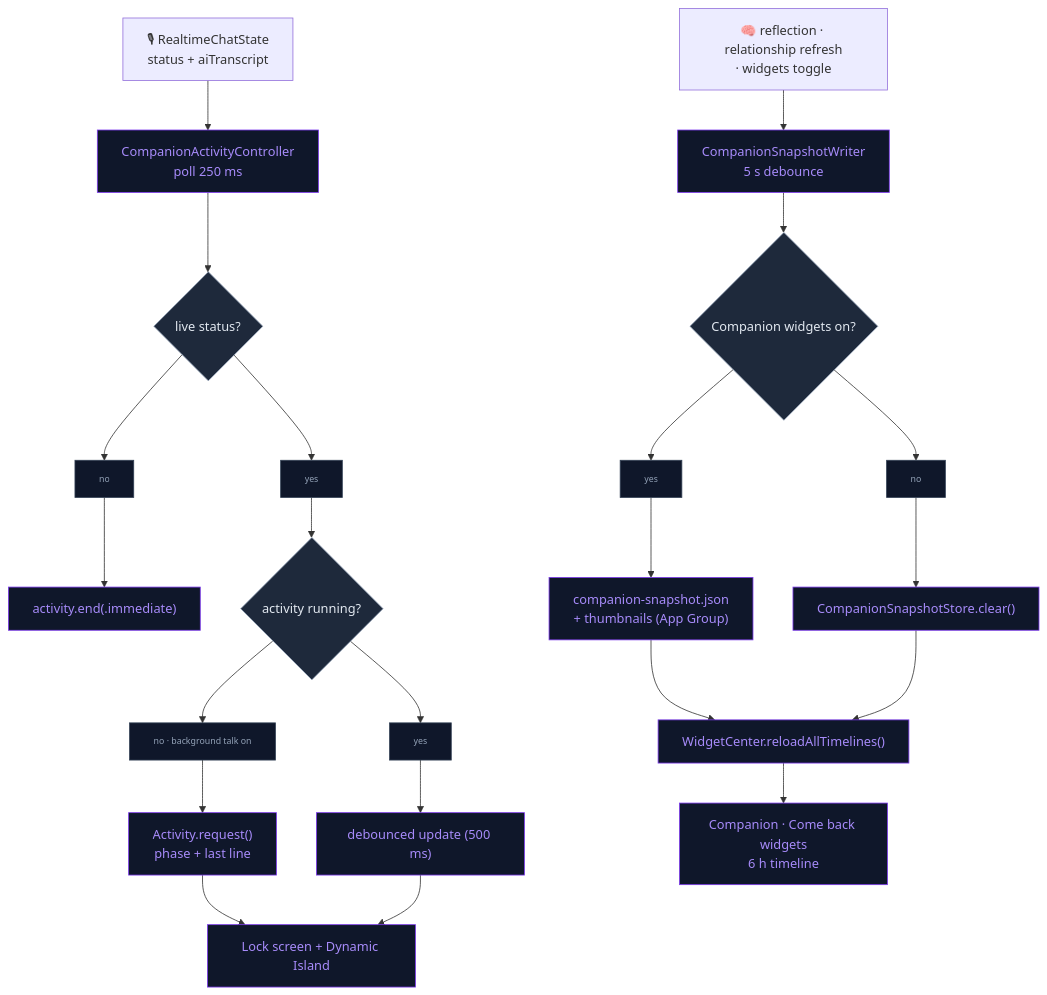
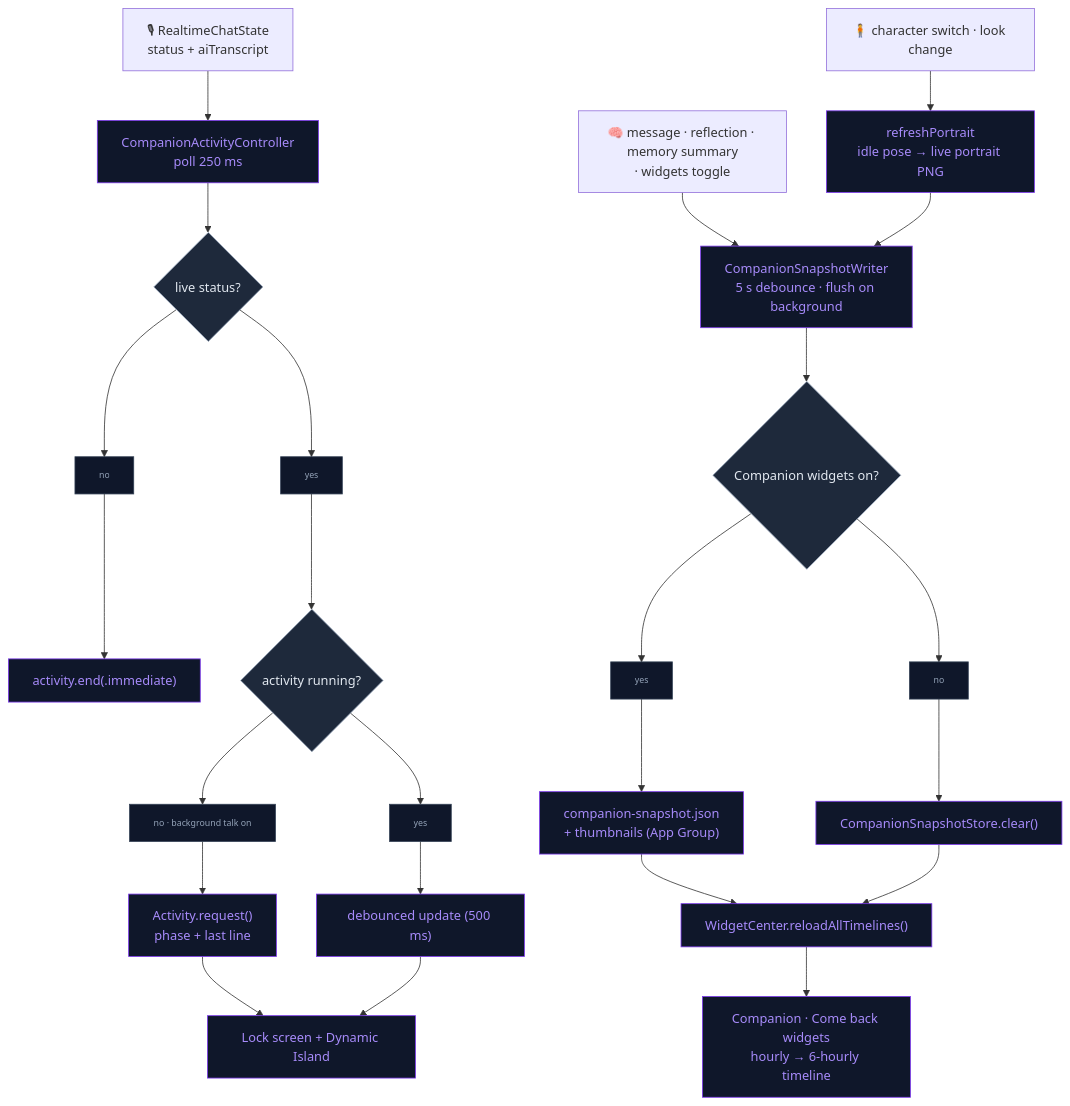
The second of 3 diagrams in docs/PRESENCE_BEYOND_APP.md (kevinliddel/NeuraLink), drawn with Mermaid before and after one commit. The commit also changed other lines of this file and 8 other files, not shown here.

First line of the commit message:
feat: enhances companion widgets with live portraits

````diff
--- a/docs/PRESENCE_BEYOND_APP.md
+++ b/docs/PRESENCE_BEYOND_APP.md
@@ -169,30 +188,32 @@
 ```mermaid
 flowchart TD
     STATE["🎙 RealtimeChatState<br/>status + aiTranscript"] --> POLL["CompanionActivityController<br/>poll 250 ms"]
     POLL --> LIVE{"live status?"}
     LIVE --> D1["no"] --> ENDACT["activity.end(.immediate)"]
     LIVE --> D2["yes"] --> EXISTS{"activity running?"}
     EXISTS --> D3["no · background talk on"] --> START["Activity.request()<br/>phase + last line"]
     EXISTS --> D4["yes"] --> UPDATE["debounced update (500 ms)"]
     START --> ISLAND["Lock screen + Dynamic Island"]
     UPDATE --> ISLAND
 
-    REFL["🧠 reflection · relationship refresh<br/>· widgets toggle"] --> WRITER["CompanionSnapshotWriter<br/>5 s debounce"]
+    REFL["🧠 message · reflection · memory summary<br/>· widgets toggle"] --> WRITER["CompanionSnapshotWriter<br/>5 s debounce · flush on background"]
+    MODEL["🧍 character switch · look change"] --> PORTRAIT["refreshPortrait<br/>idle pose → live portrait PNG"]
+    PORTRAIT --> WRITER
     WRITER --> TOGGLE{"Companion widgets on?"}
     TOGGLE --> D5["no"] --> CLEAR["CompanionSnapshotStore.clear()"]
     TOGGLE --> D6["yes"] --> SNAP["companion-snapshot.json<br/>+ thumbnails (App Group)"]
     SNAP --> RELOAD["WidgetCenter.reloadAllTimelines()"]
     CLEAR --> RELOAD
-    RELOAD --> WIDGETS["Companion · Come back widgets<br/>6 h timeline"]
+    RELOAD --> WIDGETS["Companion · Come back widgets<br/>hourly → 6-hourly timeline"]
 
     %% Styles
     classDef core fill:#0f172a,stroke:#7c3aed,color:#a78bfa
     classDef decision fill:#1e293b,stroke:#94a3b8,color:#e2e8f0
 
-    class POLL,START,UPDATE,ENDACT,ISLAND,WRITER,SNAP,CLEAR,RELOAD,WIDGETS core
+    class POLL,START,UPDATE,ENDACT,ISLAND,WRITER,PORTRAIT,SNAP,CLEAR,RELOAD,WIDGETS core
     class LIVE,EXISTS,TOGGLE decision
 
     %% Data nodes (consistent system-wide)
     classDef data fill:#0f172a,stroke:#334155,color:#94a3b8,font-size:11px
     class D1,D2,D3,D4,D5,D6 data
 ```
````
